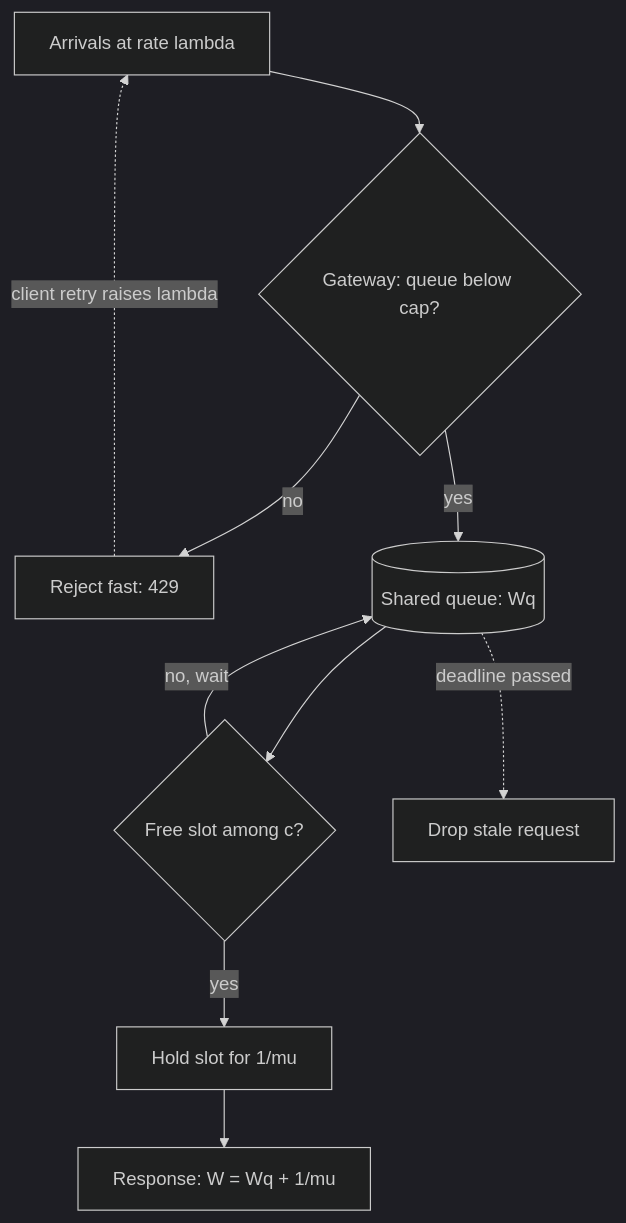
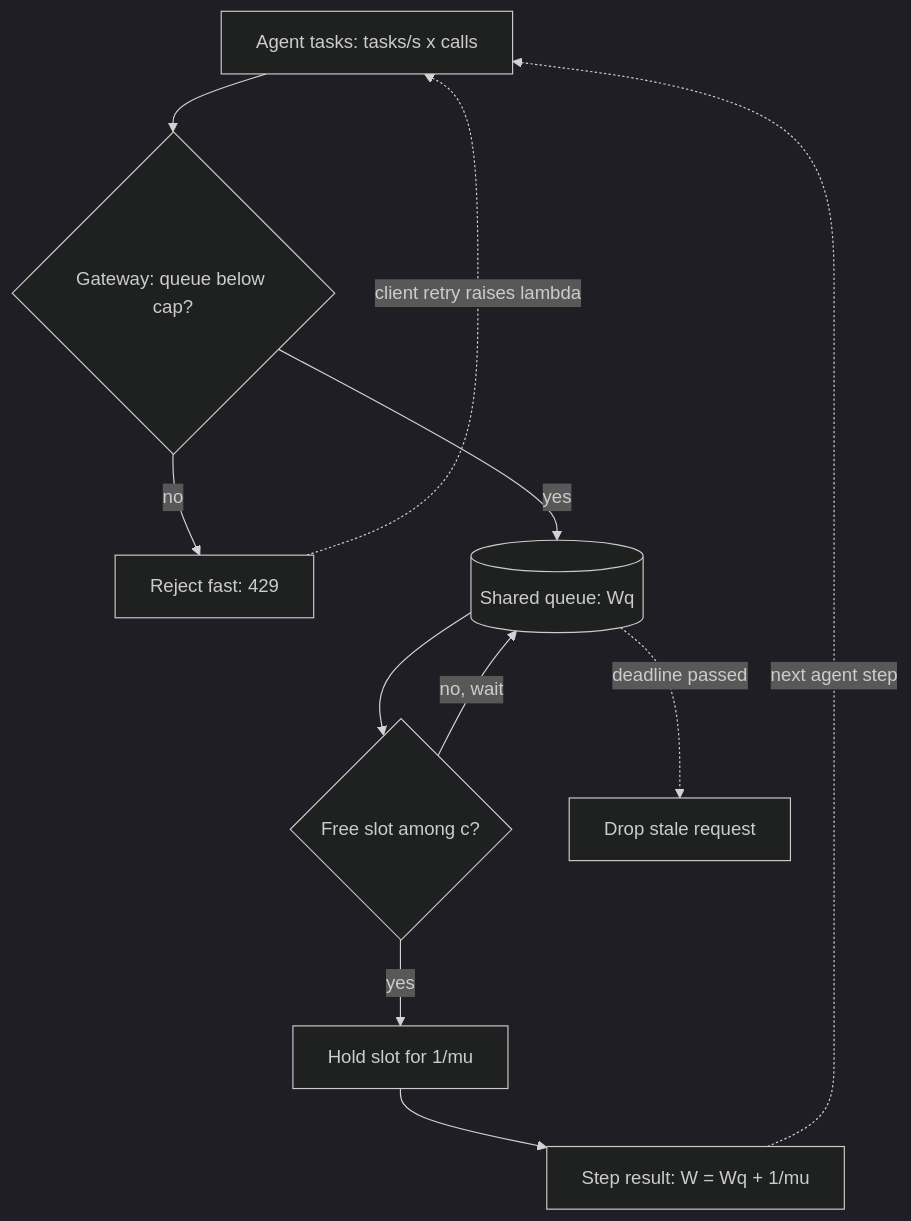
Before and after one commit to lovishmahajan97/agentic-learning: the diagram in content/infra-capacity-economics/queueing-theory.md, drawn with Mermaid (dark theme). The commit also changed other lines of this file and 266 other files, not shown here.

````diff
--- a/content/infra-capacity-economics/queueing-theory.md
+++ b/content/infra-capacity-economics/queueing-theory.md
@@ -141,12 +160,13 @@
 ```mermaid
 flowchart TD
-    A["Arrivals at rate lambda"] --> G{"Gateway: queue below cap?"}
+    T["Agent tasks: tasks/s x calls"] --> G{"Gateway: queue below cap?"}
     G -->|"no"| R["Reject fast: 429"]
     G -->|"yes"| Q[("Shared queue: Wq")]
     Q --> S{"Free slot among c?"}
     S -->|"no, wait"| Q
     S -->|"yes"| P["Hold slot for 1/mu"]
-    P --> D["Response: W = Wq + 1/mu"]
-    R -.->|"client retry raises lambda"| A
+    P --> D["Step result: W = Wq + 1/mu"]
+    D -.->|"next agent step"| T
+    R -.->|"client retry raises lambda"| T
     Q -.->|"deadline passed"| X["Drop stale request"]
 ```
````
